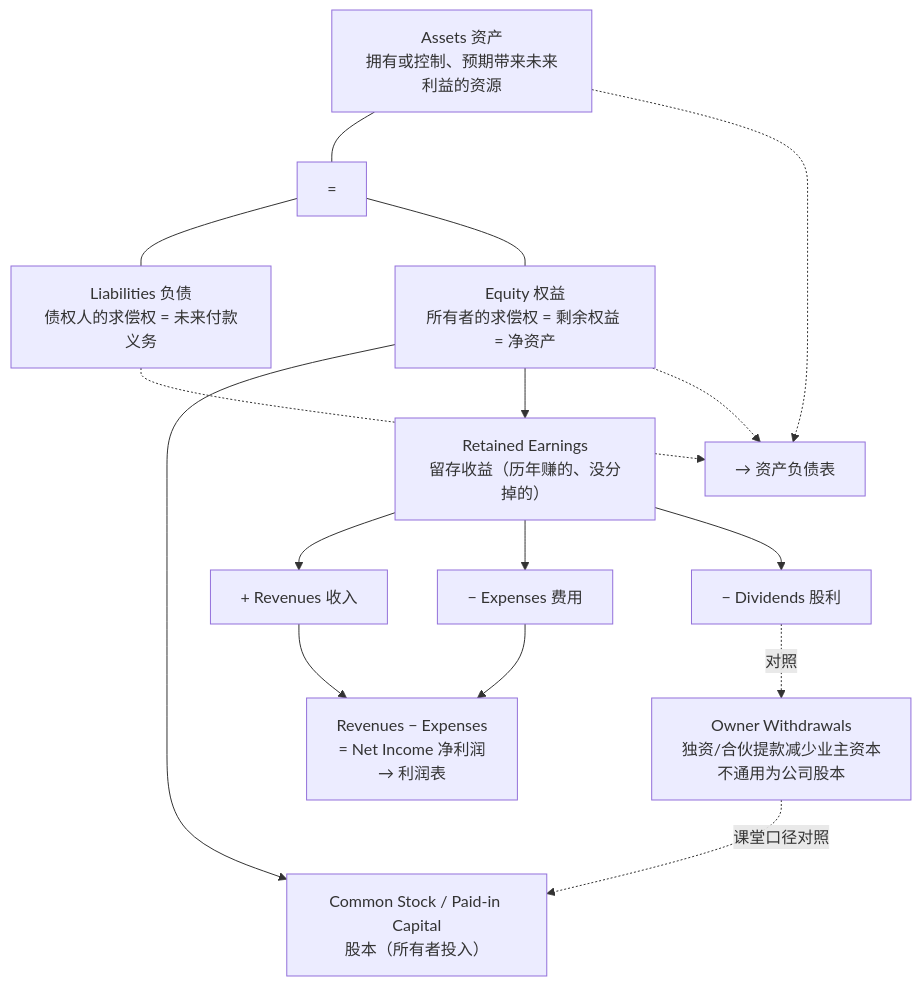
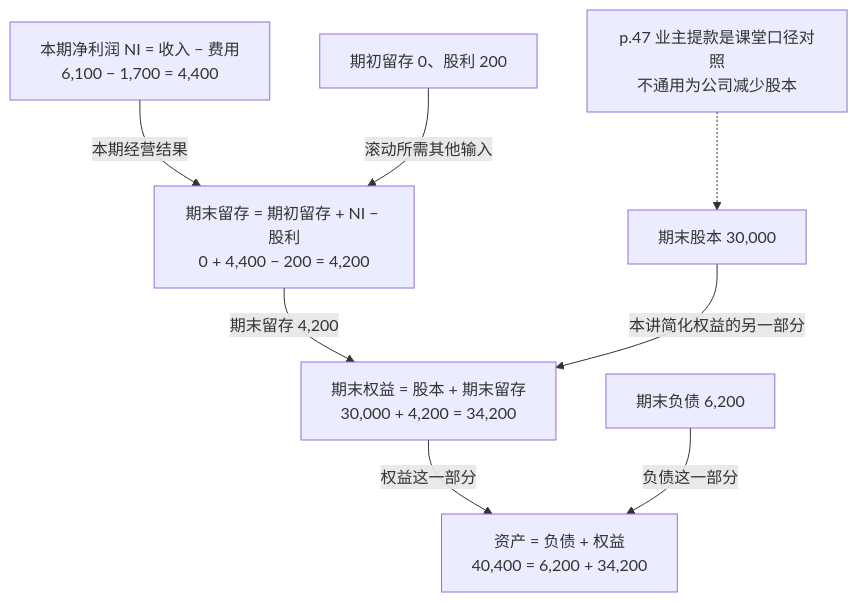
The tenth of 11 diagrams in AC6761_Artificial_Intelligence_Accounting/notes/M01-会计与商业.md (CercaTrovato/cityu-ai-course-notes), drawn with Mermaid before and after one commit. The commit also changed other lines of this file and 198 other files, not shown here.

````diff
--- a/AC6761_Artificial_Intelligence_Accounting/notes/M01-会计与商业.md
+++ b/AC6761_Artificial_Intelligence_Accounting/notes/M01-会计与商业.md
@@ -3213,24 +3390,10 @@
 ```mermaid
 flowchart TD
-    A["Assets 资产<br/>拥有或控制、预期带来未来利益的资源"]
-    EQ["="]
-    L["Liabilities 负债<br/>债权人的求偿权 = 未来付款义务"]
-    E["Equity 权益<br/>所有者的求偿权 = 剩余权益 = 净资产"]
-    A --- EQ
-    EQ --- L
-    EQ --- E
-
-    E --> CS["Common Stock / Paid-in Capital<br/>股本（所有者投入）"]
-    E --> RE["Retained Earnings<br/>留存收益（历年赚的、没分掉的）"]
-    RE --> REV["+ Revenues 收入"]
-    RE --> EXP["− Expenses 费用"]
-    RE --> DIV["− Dividends 股利"]
-    REV --> NI["Revenues − Expenses<br/>= Net Income 净利润<br/>→ 利润表"]
-    EXP --> NI
-    A -.-> BS["→ 资产负债表"]
-    L -.-> BS
-    E -.-> BS
-
-    W["Owner Withdrawals<br/>独资/合伙提款减少业主资本<br/>不通用为公司股本"] -.课堂口径对照.-> CS
-    DIV -.对照.-> W
+    NI["本期净利润 NI = 收入 − 费用<br/>6,100 − 1,700 = 4,400"] -->|"本期经营结果"| RE["期末留存 = 期初留存 + NI − 股利<br/>0 + 4,400 − 200 = 4,200"]
+    START["期初留存 0、股利 200"] -->|"滚动所需其他输入"| RE
+    RE -->|"期末留存 4,200"| E["期末权益 = 股本 + 期末留存<br/>30,000 + 4,200 = 34,200"]
+    CS["期末股本 30,000"] -->|"本讲简化权益的另一部分"| E
+    E -->|"权益这一部分"| EQ["资产 = 负债 + 权益<br/>40,400 = 6,200 + 34,200"]
+    L["期末负债 6,200"] -->|"负债这一部分"| EQ
+    W["p.47 业主提款是课堂口径对照<br/>不通用为公司减少股本"] -.-> CS
 ```
````
